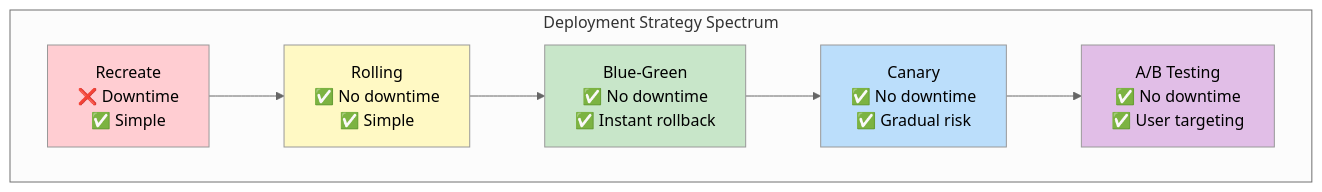
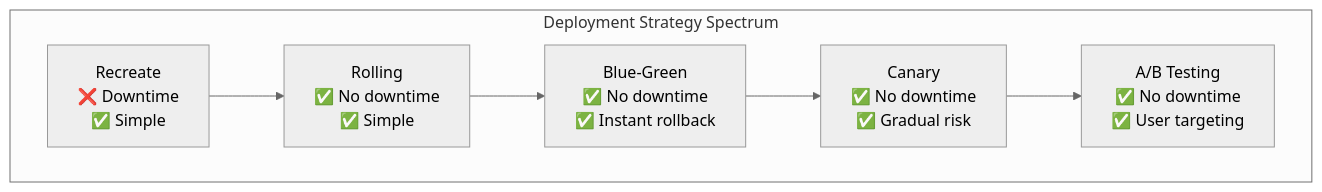
Before and after one commit to shivam-g-mishra/blog: the third of 10 diagrams in docs/cicd/deployment-strategies.md, drawn with Mermaid. The commit also changed other lines of this file and 23 other files, not shown here.

First line of the commit message:
fix: improve Mermaid diagram visibility in dark mode

````diff
--- a/docs/cicd/deployment-strategies.md
+++ b/docs/cicd/deployment-strategies.md
@@ -114,20 +109,14 @@
 ```mermaid
 %%{init: {'theme': 'neutral'}}%%
 flowchart LR
     subgraph spectrum["Deployment Strategy Spectrum"]
         direction LR
         REC["Recreate<br/>❌ Downtime<br/>✅ Simple"] 
         ROLL["Rolling<br/>✅ No downtime<br/>✅ Simple"]
         BG["Blue-Green<br/>✅ No downtime<br/>✅ Instant rollback"]
         CAN["Canary<br/>✅ No downtime<br/>✅ Gradual risk"]
         AB["A/B Testing<br/>✅ No downtime<br/>✅ User targeting"]
     end
     
     REC --> ROLL --> BG --> CAN --> AB
-    
-    style REC fill:#ffcdd2
-    style ROLL fill:#fff9c4
-    style BG fill:#c8e6c9
-    style CAN fill:#bbdefb
-    style AB fill:#e1bee7
 ```
````
